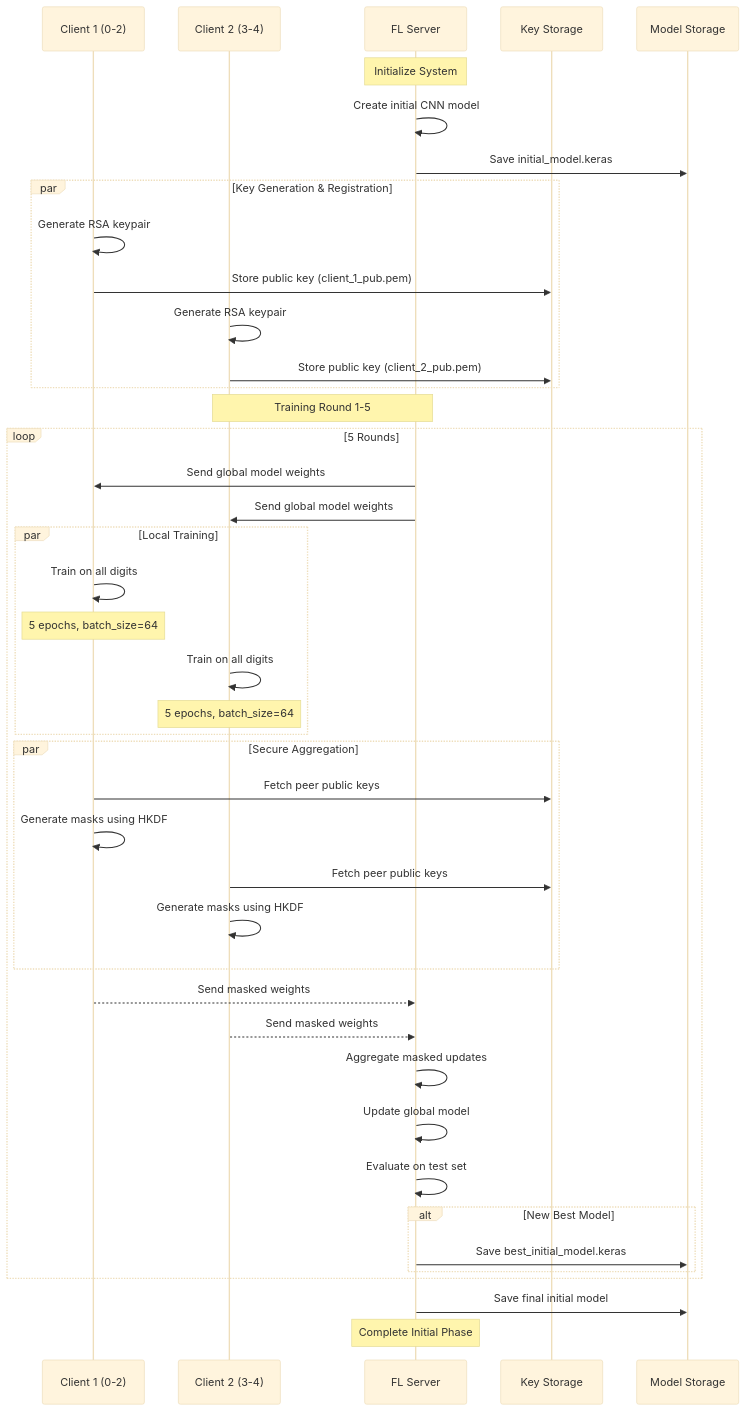
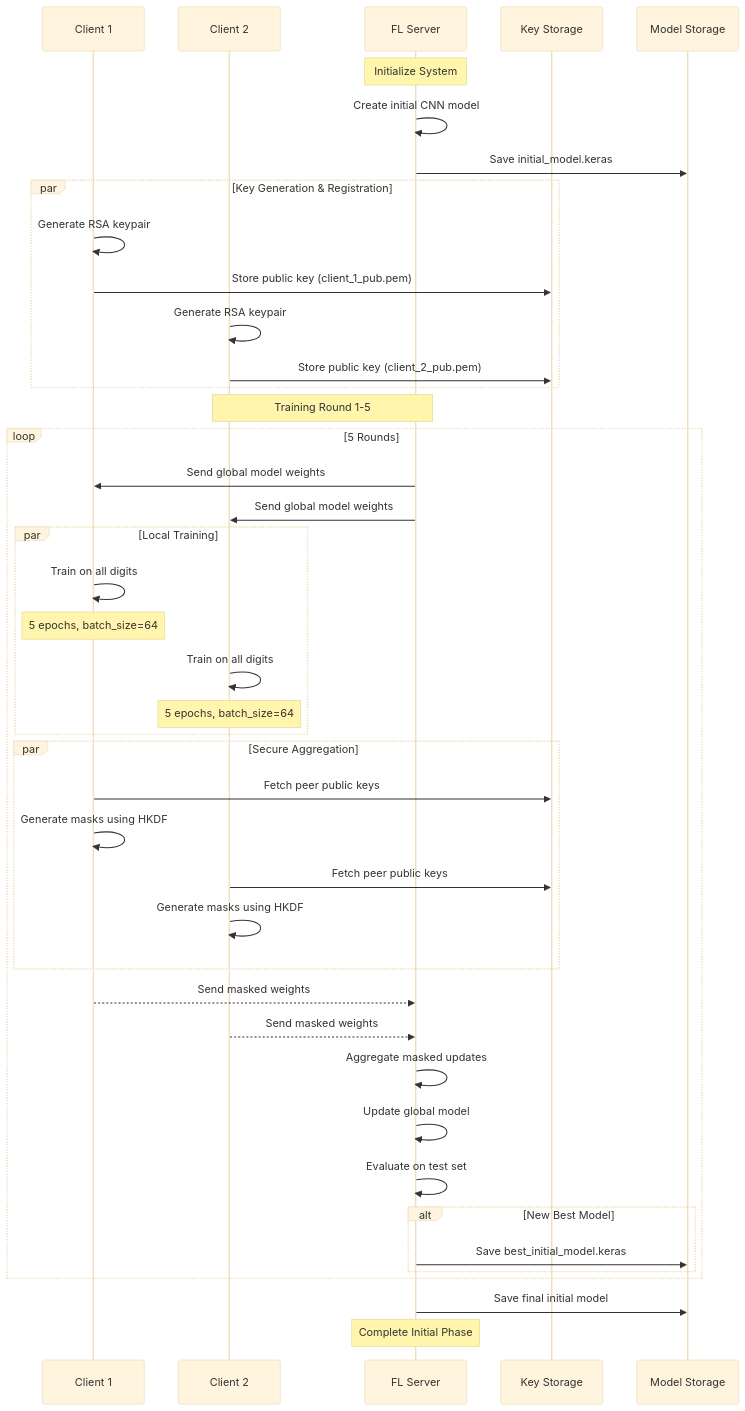
One commit to tranlybuu/Federated-Learning changed the diagram in INITIAL_PHASE.md. Above: the diagram before and after it, drawn with Mermaid (base theme).

````diff
--- a/INITIAL_PHASE.md
+++ b/INITIAL_PHASE.md
@@ -1,52 +1,52 @@
 ```mermaid
 sequenceDiagram
-    participant C1 as Client 1 (0-2)
-    participant C2 as Client 2 (3-4)
+    participant C1 as Client 1
+    participant C2 as Client 2 
     participant S as FL Server
     participant KS as Key Storage
     participant MS as Model Storage
 
     Note over S: Initialize System
     S->>S: Create initial CNN model
     S->>MS: Save initial_model.keras
     
     par Key Generation & Registration
         C1->>C1: Generate RSA keypair
         C1->>KS: Store public key (client_1_pub.pem)
         C2->>C2: Generate RSA keypair
         C2->>KS: Store public key (client_2_pub.pem)
     end
 
     Note over S,C2: Training Round 1-5
     loop 5 Rounds
         S->>C1: Send global model weights
         S->>C2: Send global model weights
         
         par Local Training
             C1->>C1: Train on all digits
             Note over C1: 5 epochs, batch_size=64
             C2->>C2: Train on all digits 
             Note over C2: 5 epochs, batch_size=64
         end
 
         par Secure Aggregation
             C1->>KS: Fetch peer public keys
             C1->>C1: Generate masks using HKDF
             C2->>KS: Fetch peer public keys
             C2->>C2: Generate masks using HKDF
         end
 
         C1-->>S: Send masked weights
         C2-->>S: Send masked weights
 
         S->>S: Aggregate masked updates
         S->>S: Update global model
         S->>S: Evaluate on test set
         alt New Best Model
             S->>MS: Save best_initial_model.keras
         end
     end
 
     S->>MS: Save final initial model
     Note over S: Complete Initial Phase
 ```
````
